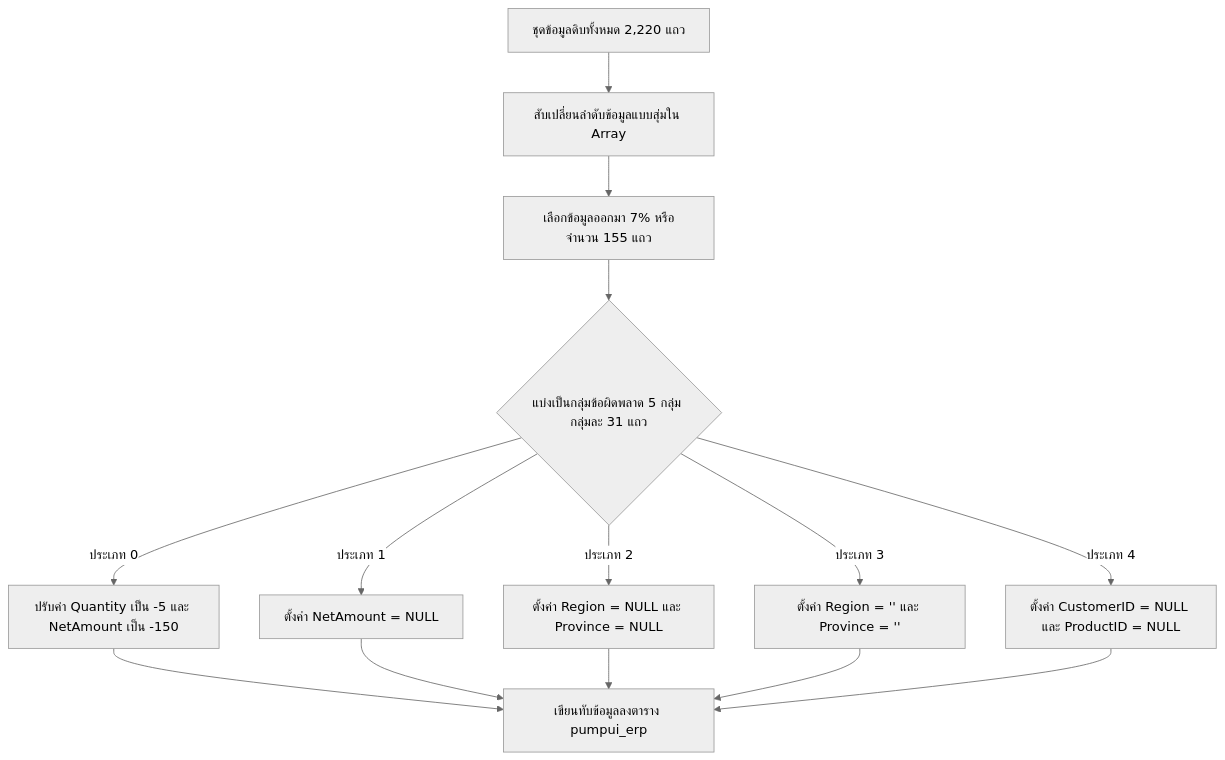
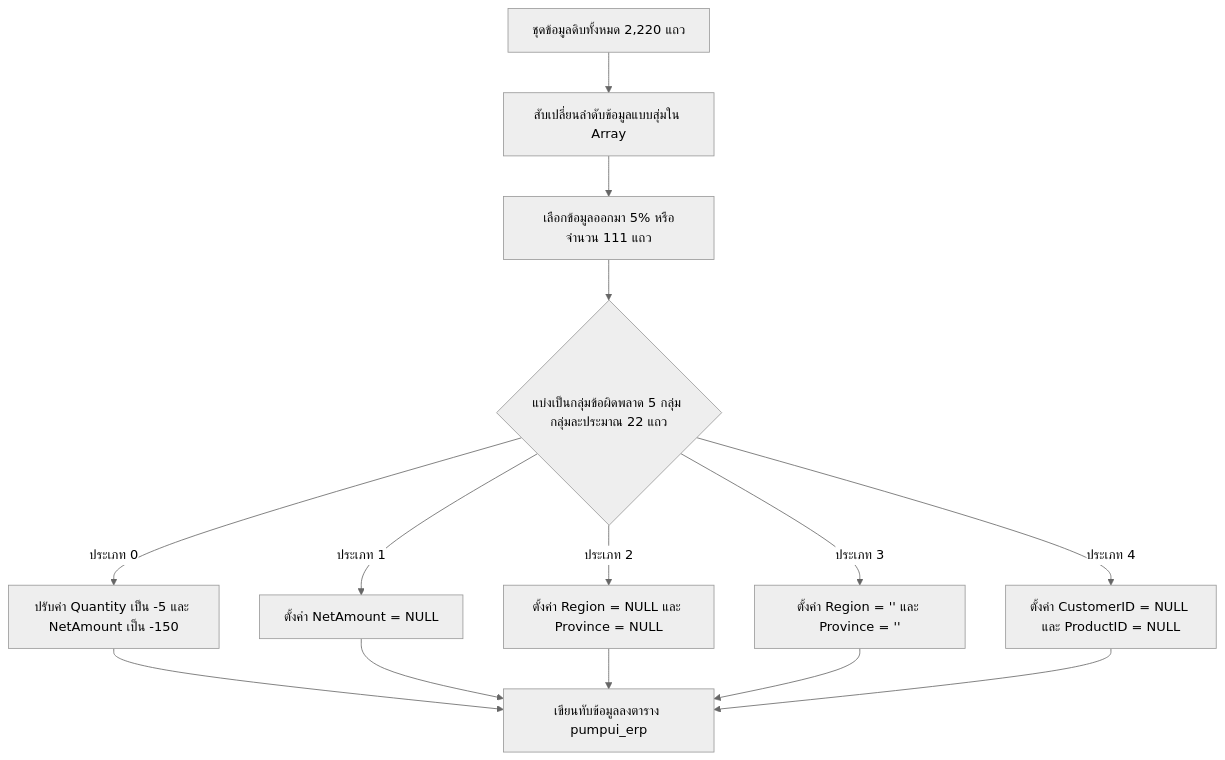
One commit to p-pond-d/Advanced_Data_Test changed the second of 4 diagrams in system_workflow.md. Above: the diagram before and after it, drawn with Mermaid (neutral theme). The commit also changed other lines of this file and 4 other files, not shown here.

````diff
--- a/system_workflow.md
+++ b/system_workflow.md
@@ -45,19 +45,19 @@
 ```mermaid
 graph TD
     Data[ชุดข้อมูลดิบทั้งหมด 2,220 แถว] --> Shuffle[สับเปลี่ยนลำดับข้อมูลแบบสุ่มใน Array]
-    Shuffle --> Cut[เลือกข้อมูลออกมา 7% หรือจำนวน 155 แถว]
+    Shuffle --> Cut[เลือกข้อมูลออกมา 5% หรือจำนวน 111 แถว]
     
-    Cut --> Split{แบ่งเป็นกลุ่มข้อผิดพลาด 5 กลุ่ม กลุ่มละ 31 แถว}
+    Cut --> Split{แบ่งเป็นกลุ่มข้อผิดพลาด 5 กลุ่ม กลุ่มละประมาณ 22 แถว}
     
     Split -->|ประเภท 0| Neg[ปรับค่า Quantity เป็น -5 และ NetAmount เป็น -150]
     Split -->|ประเภท 1| NullNet[ตั้งค่า NetAmount = NULL]
     Split -->|ประเภท 2| NullGeo[ตั้งค่า Region = NULL และ Province = NULL]
     Split -->|ประเภท 3| EmptyGeo[ตั้งค่า Region = '' และ Province = '']
     Split -->|ประเภท 4| NullID[ตั้งค่า CustomerID = NULL และ ProductID = NULL]
     
     Neg --> DB[เขียนทับข้อมูลลงตาราง pumpui_erp]
     NullNet --> DB
     NullGeo --> DB
     EmptyGeo --> DB
     NullID --> DB
 ```
````
